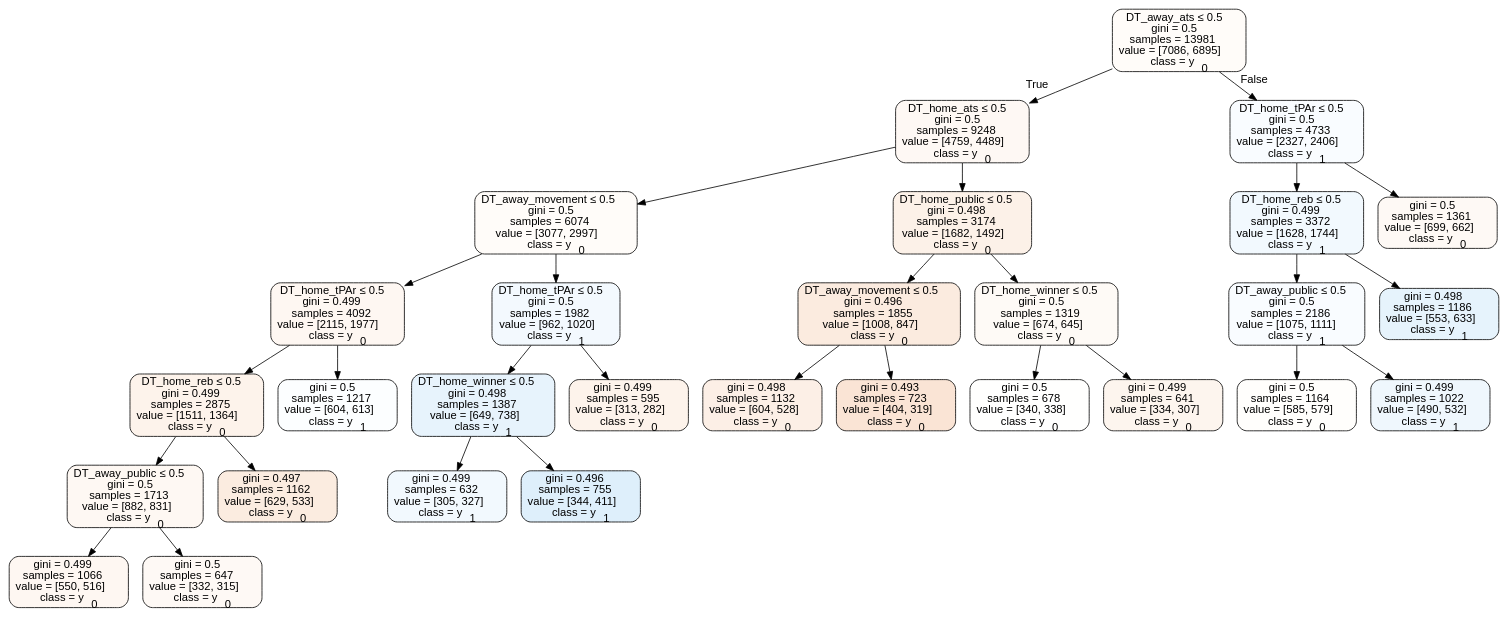
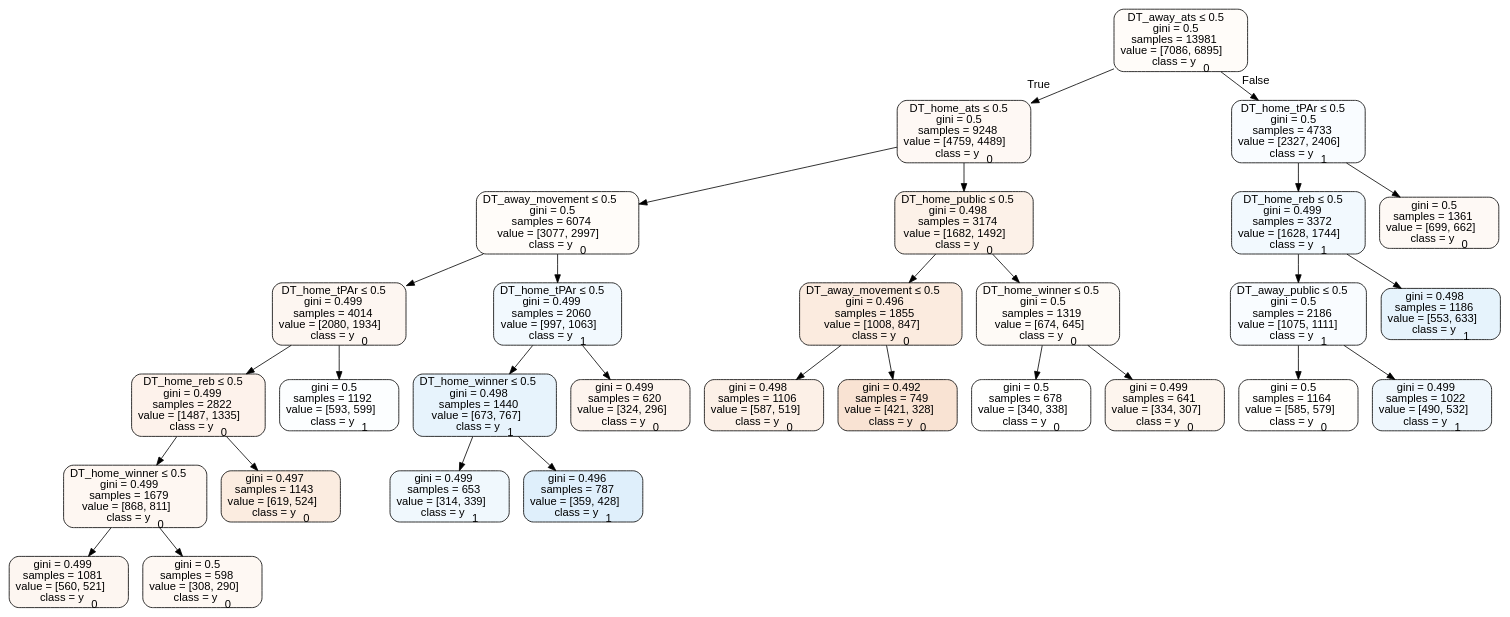
Before and after one commit to usbogie/ncaa-bets: the diagram in Basketball/data/trees/tree2015home.dot, drawn with Graphviz. The commit also changed 23 other files, not shown here.

```diff
--- a/Basketball/data/trees/tree2015home.dot
+++ b/Basketball/data/trees/tree2015home.dot
@@ -1,61 +1,61 @@
 digraph Tree {
 node [shape=box, style="filled, rounded", color="black", fontname=helvetica] ;
 edge [fontname=helvetica] ;
 0 [label=<DT_away_ats &le; 0.5<br/>gini = 0.5<br/>samples = 13981<br/>value = [7086, 6895]<br/>class = y<SUB>0</SUB>>, fillcolor="#e5813907"] ;
 1 [label=<DT_home_ats &le; 0.5<br/>gini = 0.5<br/>samples = 9248<br/>value = [4759, 4489]<br/>class = y<SUB>0</SUB>>, fillcolor="#e581390e"] ;
 0 -> 1 [labeldistance=2.5, labelangle=45, headlabel="True"] ;
 2 [label=<DT_away_movement &le; 0.5<br/>gini = 0.5<br/>samples = 6074<br/>value = [3077, 2997]<br/>class = y<SUB>0</SUB>>, fillcolor="#e5813907"] ;
 1 -> 2 ;
-3 [label=<DT_home_tPAr &le; 0.5<br/>gini = 0.499<br/>samples = 4092<br/>value = [2115, 1977]<br/>class = y<SUB>0</SUB>>, fillcolor="#e5813911"] ;
+3 [label=<DT_home_tPAr &le; 0.5<br/>gini = 0.499<br/>samples = 4014<br/>value = [2080, 1934]<br/>class = y<SUB>0</SUB>>, fillcolor="#e5813912"] ;
 2 -> 3 ;
-4 [label=<DT_home_reb &le; 0.5<br/>gini = 0.499<br/>samples = 2875<br/>value = [1511, 1364]<br/>class = y<SUB>0</SUB>>, fillcolor="#e5813919"] ;
+4 [label=<DT_home_reb &le; 0.5<br/>gini = 0.499<br/>samples = 2822<br/>value = [1487, 1335]<br/>class = y<SUB>0</SUB>>, fillcolor="#e581391a"] ;
 3 -> 4 ;
-5 [label=<DT_away_public &le; 0.5<br/>gini = 0.5<br/>samples = 1713<br/>value = [882, 831]<br/>class = y<SUB>0</SUB>>, fillcolor="#e581390f"] ;
+5 [label=<DT_home_winner &le; 0.5<br/>gini = 0.499<br/>samples = 1679<br/>value = [868, 811]<br/>class = y<SUB>0</SUB>>, fillcolor="#e5813911"] ;
 4 -> 5 ;
-6 [label=<gini = 0.499<br/>samples = 1066<br/>value = [550, 516]<br/>class = y<SUB>0</SUB>>, fillcolor="#e5813910"] ;
+6 [label=<gini = 0.499<br/>samples = 1081<br/>value = [560, 521]<br/>class = y<SUB>0</SUB>>, fillcolor="#e5813912"] ;
 5 -> 6 ;
-7 [label=<gini = 0.5<br/>samples = 647<br/>value = [332, 315]<br/>class = y<SUB>0</SUB>>, fillcolor="#e581390d"] ;
+7 [label=<gini = 0.5<br/>samples = 598<br/>value = [308, 290]<br/>class = y<SUB>0</SUB>>, fillcolor="#e581390f"] ;
 5 -> 7 ;
-8 [label=<gini = 0.497<br/>samples = 1162<br/>value = [629, 533]<br/>class = y<SUB>0</SUB>>, fillcolor="#e5813927"] ;
+8 [label=<gini = 0.497<br/>samples = 1143<br/>value = [619, 524]<br/>class = y<SUB>0</SUB>>, fillcolor="#e5813927"] ;
 4 -> 8 ;
-9 [label=<gini = 0.5<br/>samples = 1217<br/>value = [604, 613]<br/>class = y<SUB>1</SUB>>, fillcolor="#399de504"] ;
+9 [label=<gini = 0.5<br/>samples = 1192<br/>value = [593, 599]<br/>class = y<SUB>1</SUB>>, fillcolor="#399de503"] ;
 3 -> 9 ;
-10 [label=<DT_home_tPAr &le; 0.5<br/>gini = 0.5<br/>samples = 1982<br/>value = [962, 1020]<br/>class = y<SUB>1</SUB>>, fillcolor="#399de50f"] ;
+10 [label=<DT_home_tPAr &le; 0.5<br/>gini = 0.499<br/>samples = 2060<br/>value = [997, 1063]<br/>class = y<SUB>1</SUB>>, fillcolor="#399de510"] ;
 2 -> 10 ;
-11 [label=<DT_home_winner &le; 0.5<br/>gini = 0.498<br/>samples = 1387<br/>value = [649, 738]<br/>class = y<SUB>1</SUB>>, fillcolor="#399de51f"] ;
+11 [label=<DT_home_winner &le; 0.5<br/>gini = 0.498<br/>samples = 1440<br/>value = [673, 767]<br/>class = y<SUB>1</SUB>>, fillcolor="#399de51f"] ;
 10 -> 11 ;
-12 [label=<gini = 0.499<br/>samples = 632<br/>value = [305, 327]<br/>class = y<SUB>1</SUB>>, fillcolor="#399de511"] ;
+12 [label=<gini = 0.499<br/>samples = 653<br/>value = [314, 339]<br/>class = y<SUB>1</SUB>>, fillcolor="#399de513"] ;
 11 -> 12 ;
-13 [label=<gini = 0.496<br/>samples = 755<br/>value = [344, 411]<br/>class = y<SUB>1</SUB>>, fillcolor="#399de52a"] ;
+13 [label=<gini = 0.496<br/>samples = 787<br/>value = [359, 428]<br/>class = y<SUB>1</SUB>>, fillcolor="#399de529"] ;
 11 -> 13 ;
-14 [label=<gini = 0.499<br/>samples = 595<br/>value = [313, 282]<br/>class = y<SUB>0</SUB>>, fillcolor="#e5813919"] ;
+14 [label=<gini = 0.499<br/>samples = 620<br/>value = [324, 296]<br/>class = y<SUB>0</SUB>>, fillcolor="#e5813916"] ;
 10 -> 14 ;
 15 [label=<DT_home_public &le; 0.5<br/>gini = 0.498<br/>samples = 3174<br/>value = [1682, 1492]<br/>class = y<SUB>0</SUB>>, fillcolor="#e581391d"] ;
 1 -> 15 ;
 16 [label=<DT_away_movement &le; 0.5<br/>gini = 0.496<br/>samples = 1855<br/>value = [1008, 847]<br/>class = y<SUB>0</SUB>>, fillcolor="#e5813929"] ;
 15 -> 16 ;
-17 [label=<gini = 0.498<br/>samples = 1132<br/>value = [604, 528]<br/>class = y<SUB>0</SUB>>, fillcolor="#e5813920"] ;
+17 [label=<gini = 0.498<br/>samples = 1106<br/>value = [587, 519]<br/>class = y<SUB>0</SUB>>, fillcolor="#e581391e"] ;
 16 -> 17 ;
-18 [label=<gini = 0.493<br/>samples = 723<br/>value = [404, 319]<br/>class = y<SUB>0</SUB>>, fillcolor="#e5813936"] ;
+18 [label=<gini = 0.492<br/>samples = 749<br/>value = [421, 328]<br/>class = y<SUB>0</SUB>>, fillcolor="#e5813938"] ;
 16 -> 18 ;
 19 [label=<DT_home_winner &le; 0.5<br/>gini = 0.5<br/>samples = 1319<br/>value = [674, 645]<br/>class = y<SUB>0</SUB>>, fillcolor="#e581390b"] ;
 15 -> 19 ;
 20 [label=<gini = 0.5<br/>samples = 678<br/>value = [340, 338]<br/>class = y<SUB>0</SUB>>, fillcolor="#e5813901"] ;
 19 -> 20 ;
 21 [label=<gini = 0.499<br/>samples = 641<br/>value = [334, 307]<br/>class = y<SUB>0</SUB>>, fillcolor="#e5813915"] ;
 19 -> 21 ;
 22 [label=<DT_home_tPAr &le; 0.5<br/>gini = 0.5<br/>samples = 4733<br/>value = [2327, 2406]<br/>class = y<SUB>1</SUB>>, fillcolor="#399de508"] ;
 0 -> 22 [labeldistance=2.5, labelangle=-45, headlabel="False"] ;
 23 [label=<DT_home_reb &le; 0.5<br/>gini = 0.499<br/>samples = 3372<br/>value = [1628, 1744]<br/>class = y<SUB>1</SUB>>, fillcolor="#399de511"] ;
 22 -> 23 ;
 24 [label=<DT_away_public &le; 0.5<br/>gini = 0.5<br/>samples = 2186<br/>value = [1075, 1111]<br/>class = y<SUB>1</SUB>>, fillcolor="#399de508"] ;
 23 -> 24 ;
 25 [label=<gini = 0.5<br/>samples = 1164<br/>value = [585, 579]<br/>class = y<SUB>0</SUB>>, fillcolor="#e5813903"] ;
 24 -> 25 ;
 26 [label=<gini = 0.499<br/>samples = 1022<br/>value = [490, 532]<br/>class = y<SUB>1</SUB>>, fillcolor="#399de514"] ;
 24 -> 26 ;
 27 [label=<gini = 0.498<br/>samples = 1186<br/>value = [553, 633]<br/>class = y<SUB>1</SUB>>, fillcolor="#399de520"] ;
 23 -> 27 ;
 28 [label=<gini = 0.5<br/>samples = 1361<br/>value = [699, 662]<br/>class = y<SUB>0</SUB>>, fillcolor="#e581390d"] ;
 22 -> 28 ;
 }
```
